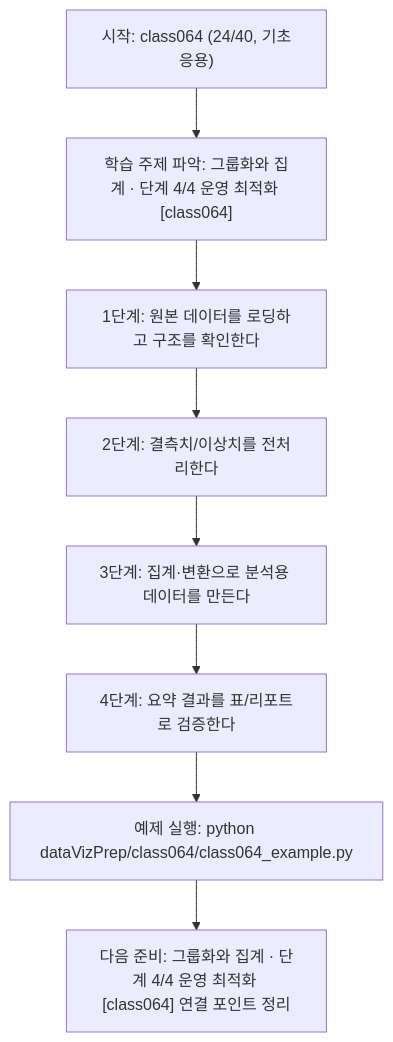
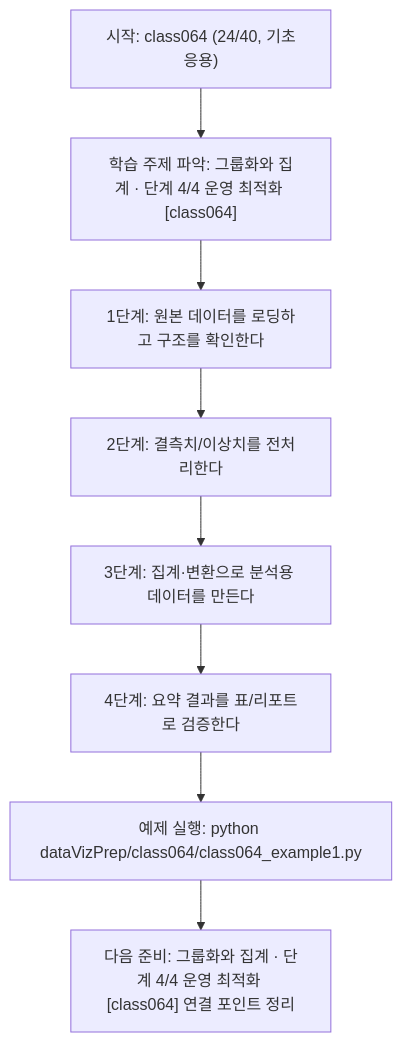
One commit to edumgt/Python-AI_Agent-Class changed the diagram in dataVizPrep/class064/class064.md. Above: the diagram before and after it, drawn with Mermaid. The commit also changed other lines of this file and 2959 other files, not shown here.

````diff
--- a/dataVizPrep/class064/class064.md
+++ b/dataVizPrep/class064/class064.md
@@ -110,18 +110,18 @@
 ```mermaid
 flowchart TD
 N1["시작: class064 (24/40, 기초응용)"]
 N2["학습 주제 파악: 그룹화와 집계 · 단계 4/4 운영 최적화 [class064]"]
 N3["1단계: 원본 데이터를 로딩하고 구조를 확인한다"]
 N4["2단계: 결측치/이상치를 전처리한다"]
 N5["3단계: 집계·변환으로 분석용 데이터를 만든다"]
 N6["4단계: 요약 결과를 표/리포트로 검증한다"]
-N7["예제 실행: python dataVizPrep/class064/class064_example.py"]
+N7["예제 실행: python dataVizPrep/class064/class064_example1.py"]
 N8["다음 준비: 그룹화와 집계 · 단계 4/4 운영 최적화 [class064] 연결 포인트 정리"]
 N1 --> N2
 N2 --> N3
 N3 --> N4
 N4 --> N5
 N5 --> N6
 N6 --> N7
 N7 --> N8
 ```
````
